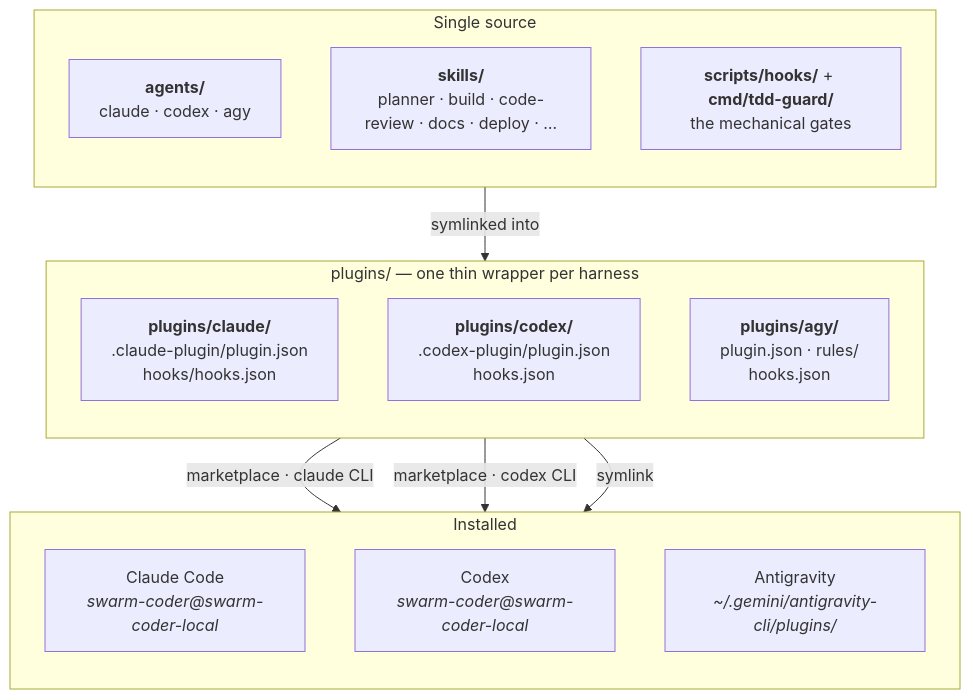
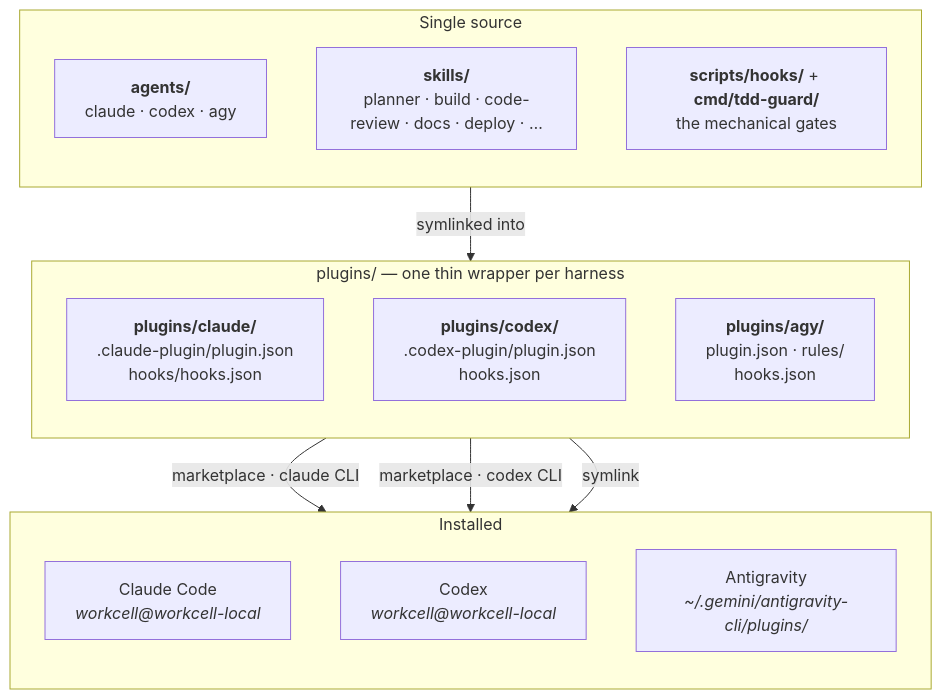
Before and after one commit to anvil008/nova: the second of 3 diagrams in README.md, drawn with Mermaid. The commit also changed other lines of this file and 91 other files, not shown here.

````diff
--- a/README.md
+++ b/README.md
@@ -187,28 +190,28 @@
 ```mermaid
 flowchart TB
     subgraph source["Single source"]
         direction TB
         A["<b>agents/</b><br/>claude · codex · agy"]
         S["<b>skills/</b><br/>planner · build · code-review · docs · deploy · …"]
         H["<b>scripts/hooks/</b> + <b>cmd/tdd-guard/</b><br/>the mechanical gates"]
     end
 
     subgraph wrappers["plugins/ — one thin wrapper per harness"]
         direction TB
         PC["<b>plugins/claude/</b><br/>.claude-plugin/plugin.json<br/>hooks/hooks.json"]
         PX["<b>plugins/codex/</b><br/>.codex-plugin/plugin.json<br/>hooks.json"]
         PA["<b>plugins/agy/</b><br/>plugin.json · rules/<br/>hooks.json"]
     end
 
     subgraph harness["Installed"]
         direction TB
-        IC["Claude Code<br/><i>swarm-coder@swarm-coder-local</i>"]
-        IX["Codex<br/><i>swarm-coder@swarm-coder-local</i>"]
+        IC["Claude Code<br/><i>workcell@workcell-local</i>"]
+        IX["Codex<br/><i>workcell@workcell-local</i>"]
         IA["Antigravity<br/><i>~/.gemini/antigravity-cli/plugins/</i>"]
     end
 
     source -->|"symlinked into"| wrappers
     PC -->|"marketplace · claude CLI"| IC
     PX -->|"marketplace · codex CLI"| IX
     PA -->|"symlink"| IA
 ```
````
